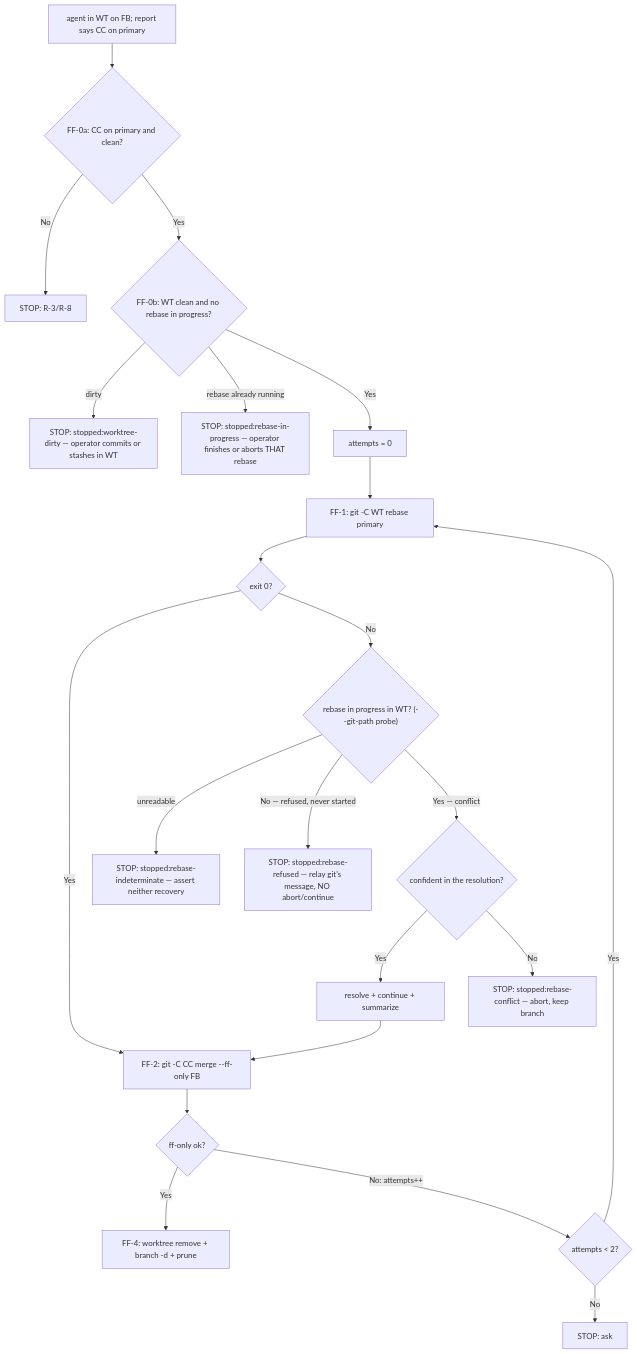
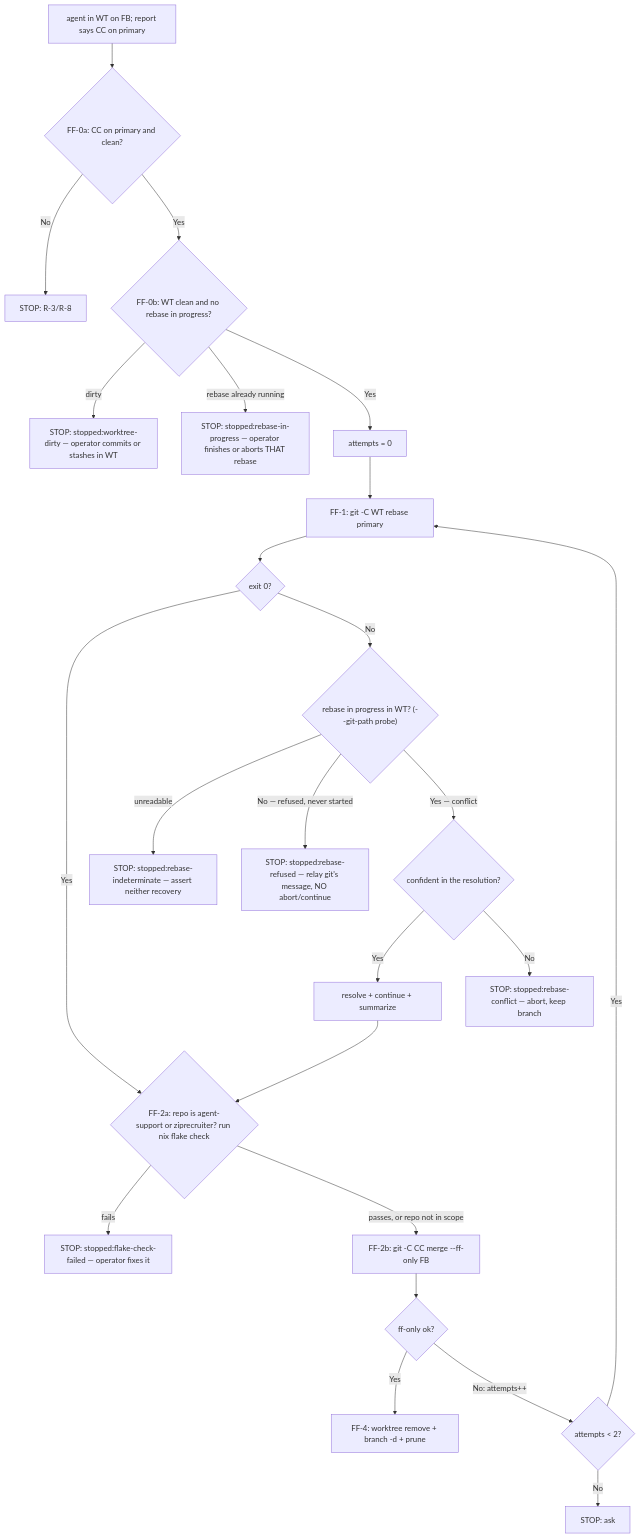
One commit to phillipgreenii/nix-agent-support changed the diagram in claude-marketplace/integrate-branch/skills/ff-merge-to-main/SKILL.md. Above: the diagram before and after it, drawn with Mermaid. The commit also changed other lines of this file, not shown here.

First line of the commit message:
Require nix flake check before ff-merge for no-CI repos

````diff
--- a/claude-marketplace/integrate-branch/skills/ff-merge-to-main/SKILL.md
+++ b/claude-marketplace/integrate-branch/skills/ff-merge-to-main/SKILL.md
@@ -265,23 +315,25 @@
 ```mermaid
 flowchart TD
     A["agent in WT on FB; report says CC on primary"] --> F0A{"FF-0a: CC on primary and clean?"}
     F0A -->|No| S0["STOP: R-3/R-8"]
     F0A -->|Yes| F0B{"FF-0b: WT clean and no rebase in progress?"}
     F0B -->|"dirty"| S3["STOP: stopped:worktree-dirty — operator commits or stashes in WT"]
     F0B -->|"rebase already running"| S6["STOP: stopped:rebase-in-progress — operator finishes or aborts THAT rebase"]
     F0B -->|Yes| INIT["attempts = 0"]
     INIT --> B["FF-1: git -C WT rebase primary"]
     B --> C{"exit 0?"}
-    C -->|Yes| G["FF-2: git -C CC merge --ff-only FB"]
+    C -->|Yes| F2A{"FF-2a: repo is agent-support or ziprecruiter? run nix flake check"}
     C -->|No| P{"rebase in progress in WT? (--git-path probe)"}
     P -->|"unreadable"| S4["STOP: stopped:rebase-indeterminate — assert neither recovery"]
     P -->|"No — refused, never started"| S5["STOP: stopped:rebase-refused — relay git's message, NO abort/continue"]
     P -->|"Yes — conflict"| C2{"confident in the resolution?"}
-    C2 -->|Yes| D["resolve + continue + summarize"] --> G
+    C2 -->|Yes| D["resolve + continue + summarize"] --> F2A
     C2 -->|No| S1["STOP: stopped:rebase-conflict — abort, keep branch"]
+    F2A -->|"fails"| S11["STOP: stopped:flake-check-failed — operator fixes it"]
+    F2A -->|"passes, or repo not in scope"| G["FF-2b: git -C CC merge --ff-only FB"]
     G --> H{"ff-only ok?"}
     H -->|Yes| I["FF-4: worktree remove + branch -d + prune"]
     H -->|"No: attempts++"| J{"attempts < 2?"}
     J -->|Yes| B
     J -->|No| S2["STOP: ask"]
 ```
````
